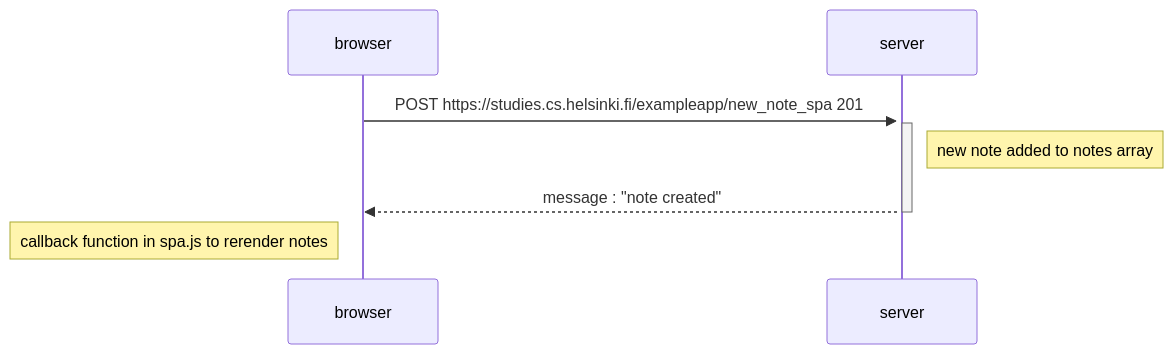
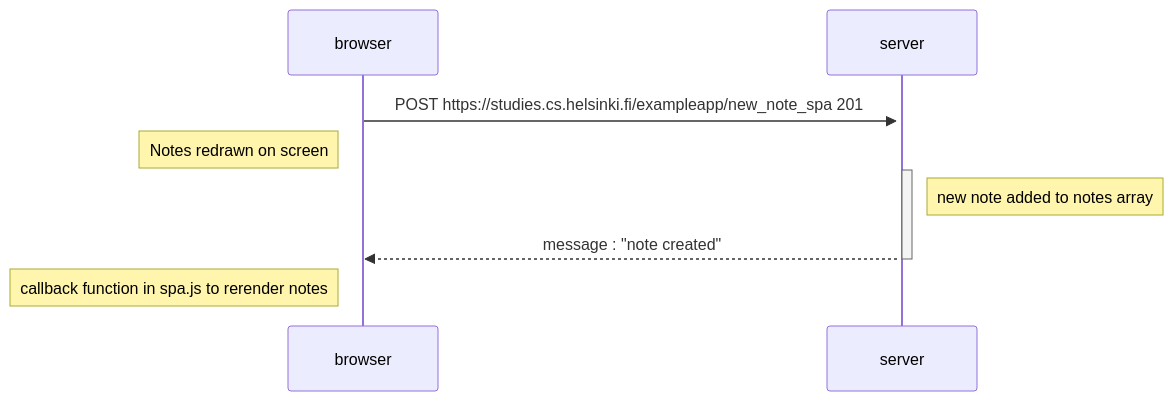
One commit to JimmyKurui/full-stack-open changed the diagram in part0/0.6-new-note-spa-diagram.md. Above: the diagram before and after it, drawn with Mermaid.

````diff
--- a/part0/0.6-new-note-spa-diagram.md
+++ b/part0/0.6-new-note-spa-diagram.md
@@ -4,13 +4,14 @@
 ```mermaid
     sequenceDiagram
     participant browser
     participant server
 
     browser->>+server: POST https://studies.cs.helsinki.fi/exampleapp/new_note_spa 201
+    Note left of browser: Notes redrawn on screen
     activate server
     Note right of server: new note added to notes array
     server-->>browser: message : "note created" 
     deactivate server
     
     Note left of browser: callback function in spa.js to rerender notes
 ```
````
